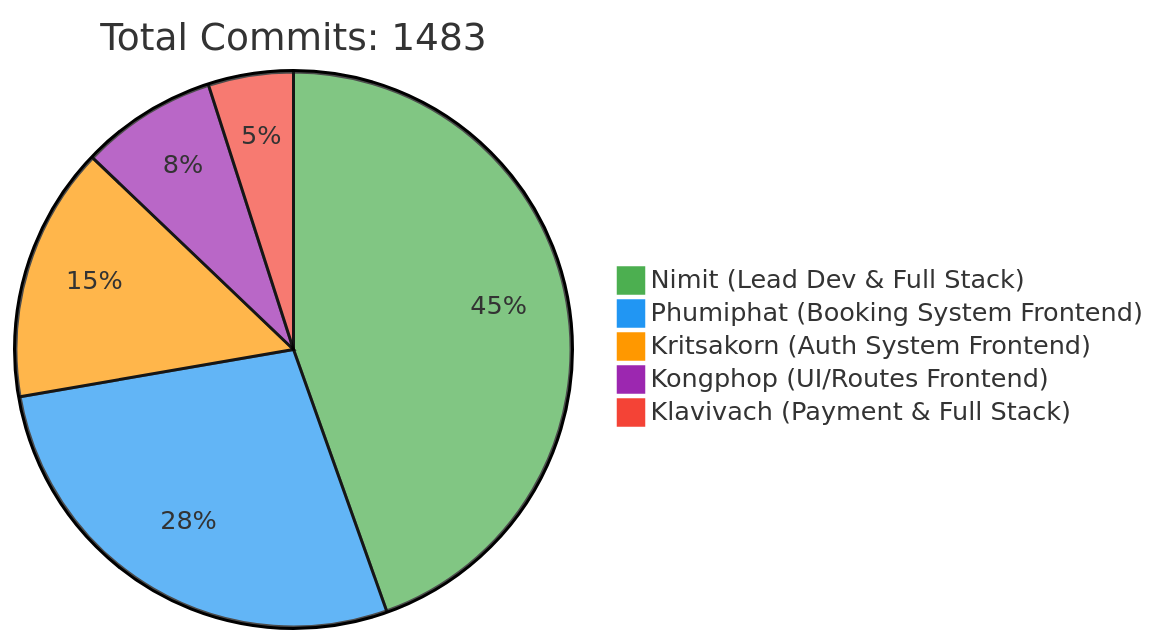
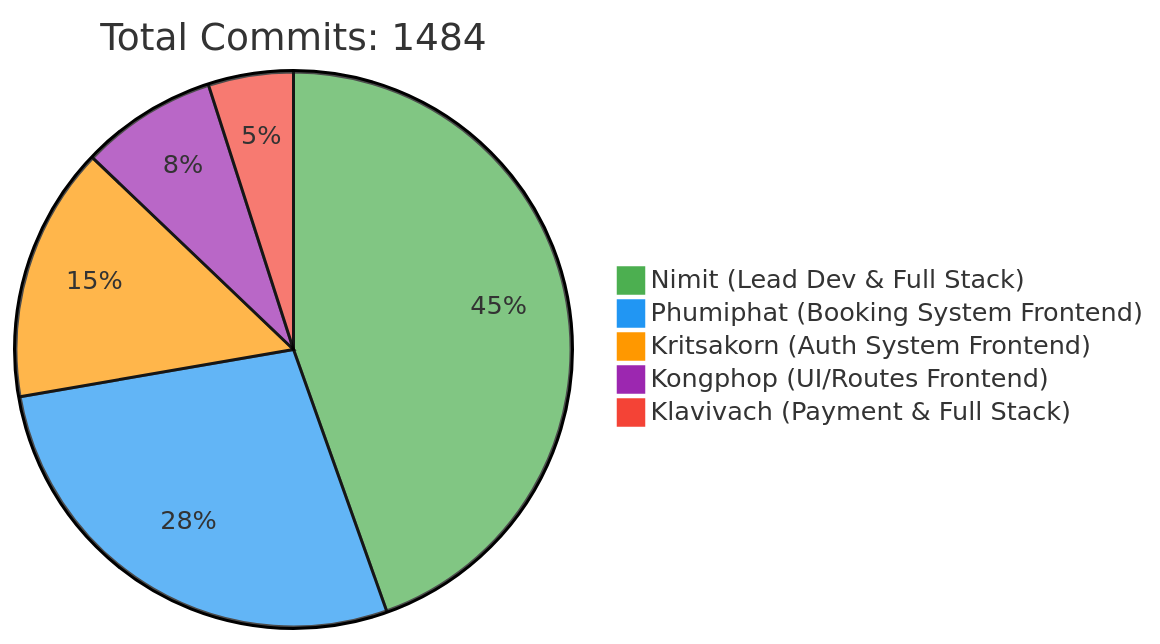
Before and after one commit to 6531503042/Sport-Complex: the first of 2 diagrams in README.md, drawn with Mermaid. The commit also changed other lines of this file, not shown here.

Commit message:
docs: Update contributor statistics [skip ci]

````diff
--- a/README.md
+++ b/README.md
@@ -257,10 +257,10 @@
 ```mermaid
 %%{init: {'theme': 'base', 'themeVariables': { 'pie1': '#4CAF50', 'pie2': '#2196F3', 'pie3': '#FF9800', 'pie4': '#9C27B0', 'pie5': '#F44336'}}}%%
 pie
-    title Total Commits: 1483
+    title Total Commits: 1484
     "Nimit (Lead Dev & Full Stack)" : 450
     "Phumiphat (Booking System Frontend)" : 280
     "Kritsakorn (Auth System Frontend)" : 150
     "Kongphop (UI/Routes Frontend)" : 80
     "Klavivach (Payment & Full Stack)" : 50
 ```
````
